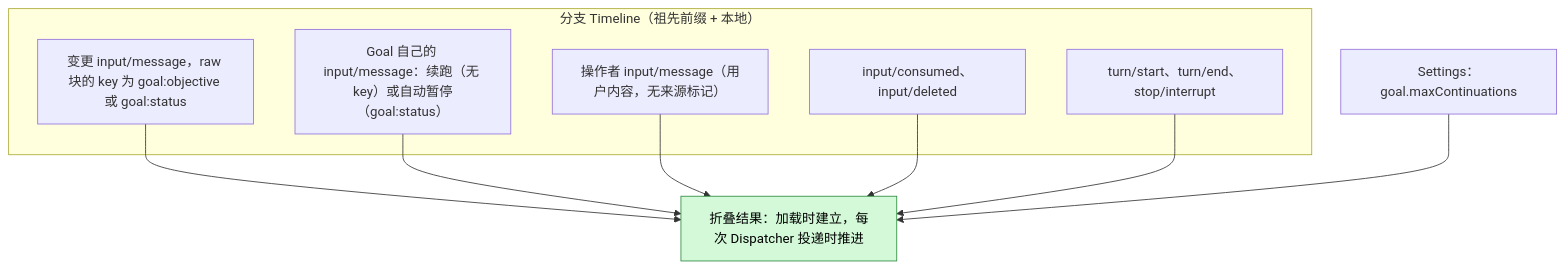
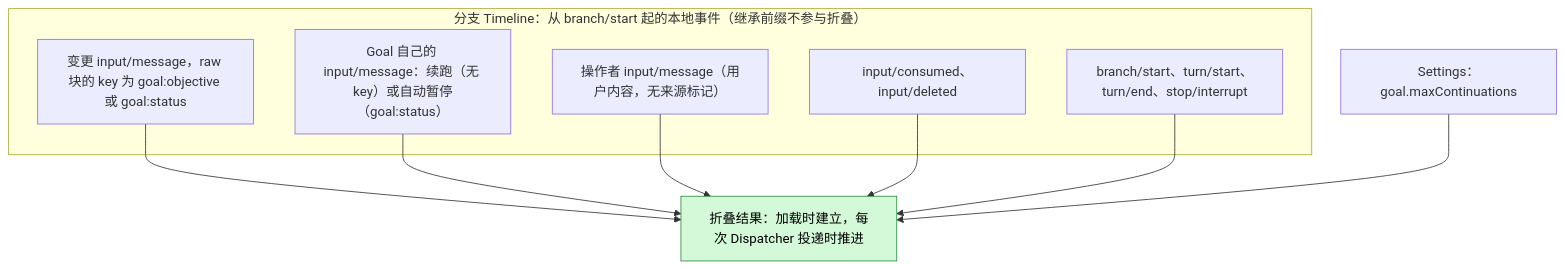
One commit to CoutinhoTTS/dim-agent changed the second of 7 diagrams in docs/zh/design/plugins/Goal.md. Above: the diagram before and after it, drawn with Mermaid. The commit also changed other lines of this file and 3 other files, not shown here.

````diff
--- a/docs/zh/design/plugins/Goal.md
+++ b/docs/zh/design/plugins/Goal.md
@@ -50,19 +50,19 @@
 ```mermaid
 flowchart TB
-  subgraph TLB["分支 Timeline（祖先前缀 + 本地）"]
+  subgraph TLB["分支 Timeline：从 branch/start 起的本地事件（继承前缀不参与折叠）"]
     GBK["变更 input/message，raw 块的 key 为 goal:objective 或 goal:status"]
     CI["Goal 自己的 input/message：续跑（无 key）或自动暂停（goal:status）"]
     OI["操作者 input/message（用户内容，无来源标记）"]
     IC["input/consumed、input/deleted"]
-    TE["turn/start、turn/end、stop/interrupt"]
+    TE["branch/start、turn/start、turn/end、stop/interrupt"]
   end
   CFG["Settings：goal.maxContinuations"]
   VIEW["折叠结果：加载时建立，每次 Dispatcher 投递时推进"]:::new
   GBK --> VIEW
   CI --> VIEW
   OI --> VIEW
   IC --> VIEW
   TE --> VIEW
   CFG --> VIEW
   classDef new fill:#d3f9d8,stroke:#2b8a3e,color:#000
 ```
````
